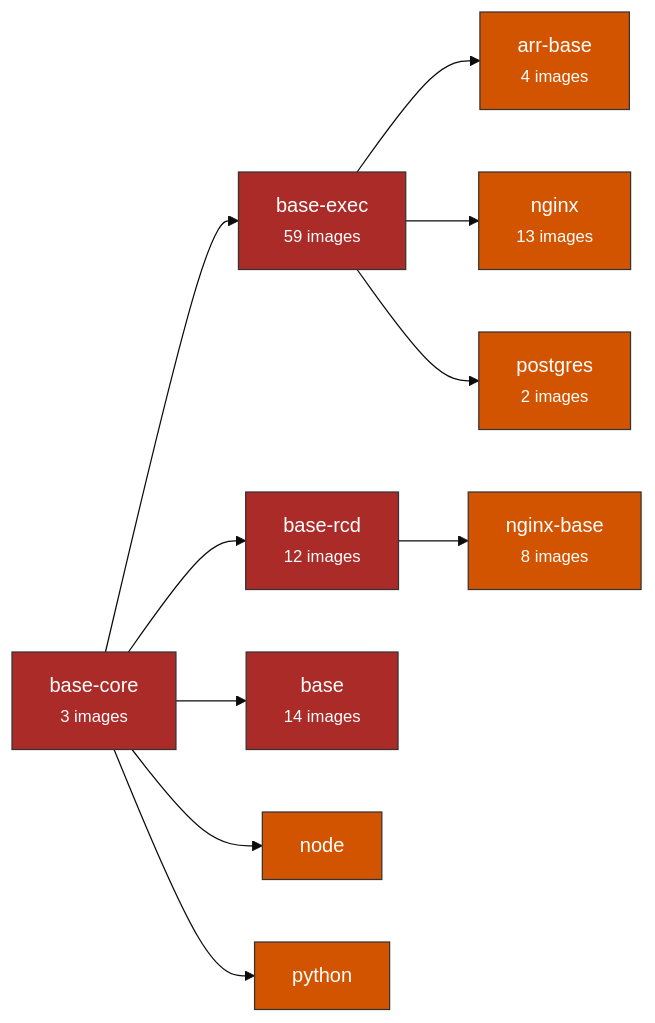
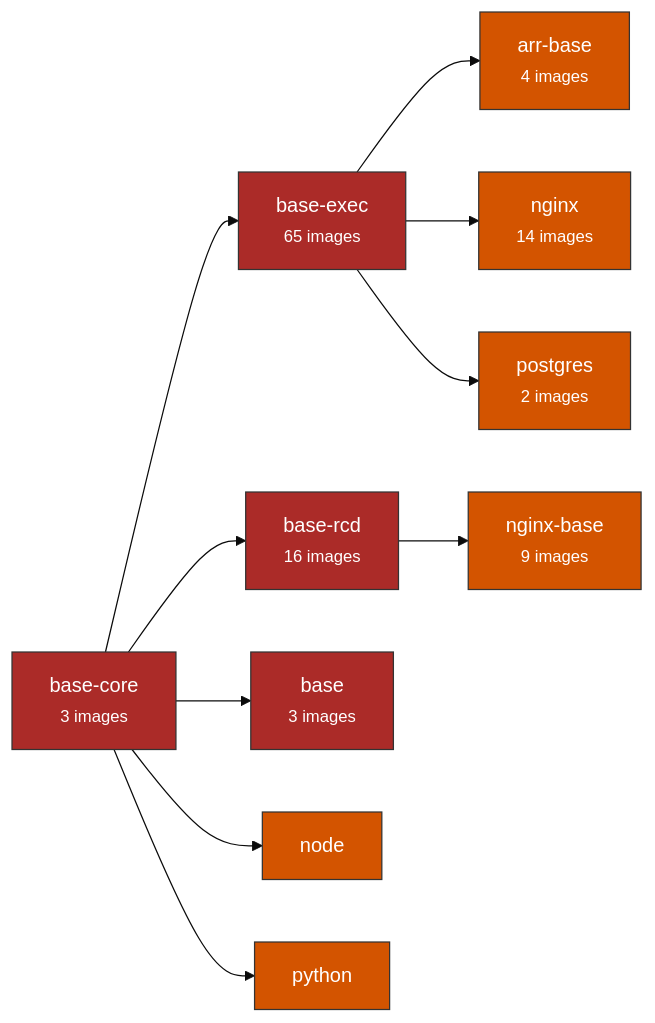
Before and after one commit to daemonless/daemonless-io: the diagram in docs/architecture.md, drawn with Mermaid (base theme). The commit also changed other lines of this file and 2 other files, not shown here.

Commit message:
docs: clean up base images page and show hierarchy a little better (#16)

````diff
--- a/docs/architecture.md
+++ b/docs/architecture.md
@@ -14,26 +14,26 @@
 ```mermaid
 flowchart LR
     base_core["base-core<br/><small>3 images</small>"]
-    base_exec["base-exec<br/><small>59 images</small>"]
-    base_rcd["base-rcd<br/><small>12 images</small>"]
-    base["base<br/><small>14 images</small>"]
+    base_exec["base-exec<br/><small>65 images</small>"]
+    base_rcd["base-rcd<br/><small>16 images</small>"]
+    base["base<br/><small>3 images</small>"]
     arr_base["arr-base<br/><small>4 images</small>"]
-    nginx_base["nginx-base<br/><small>8 images</small>"]
-    nginx["nginx<br/><small>13 images</small>"]
+    nginx_base["nginx-base<br/><small>9 images</small>"]
+    nginx["nginx<br/><small>14 images</small>"]
     postgres["postgres<br/><small>2 images</small>"]
     node["node"]
     python["python"]
     base_core --> base_exec
     base_core --> base_rcd
     base_core --> base
     base_exec --> arr_base
     base_rcd --> nginx_base
     base_exec --> nginx
     base_exec --> postgres
     base_core --> node
     base_core --> python
     classDef baseStyle fill:#ab2b28,stroke:#333,color:#fff
     classDef intermediateStyle fill:#d35400,stroke:#333,color:#fff
     class base_core,base_exec,base_rcd,base baseStyle
     class arr_base,nginx_base,nginx,postgres,node,python intermediateStyle
 ```
````
